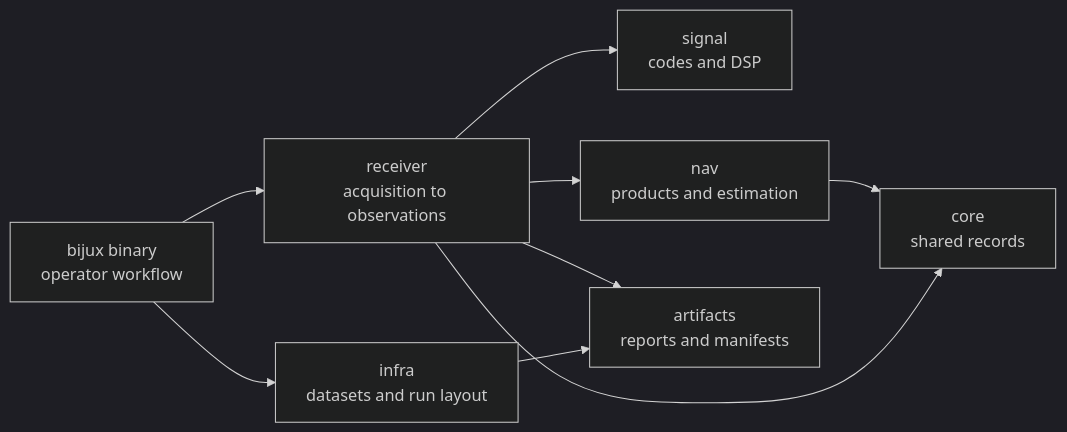
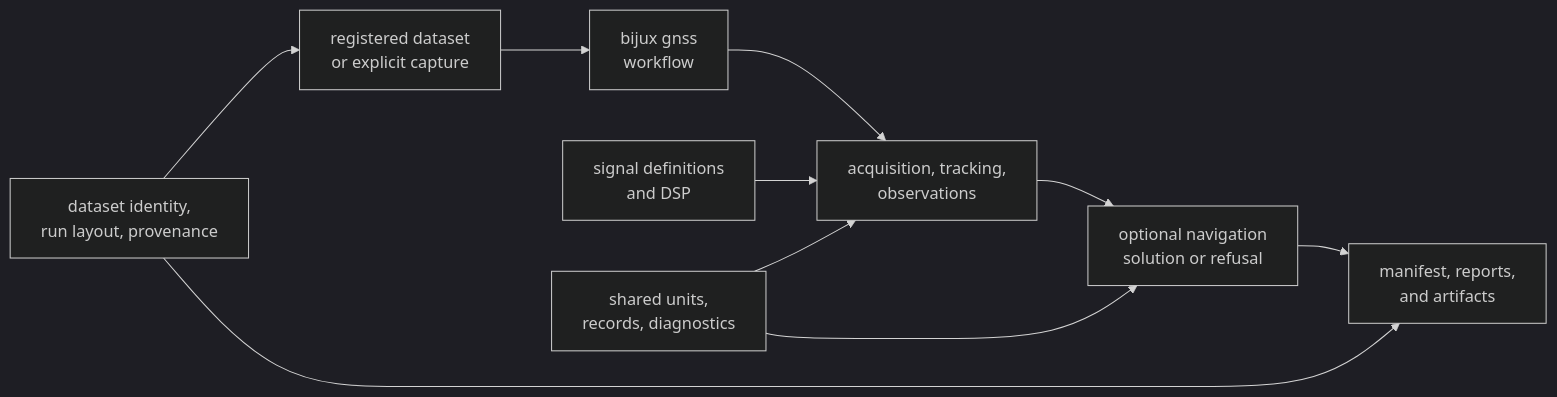
One commit to bijux/bijux-telecom changed the diagram in README.md. Above: the diagram before and after it, drawn with Mermaid (dark theme). The commit also changed other lines of this file, not shown here.

Commit message:
docs(workspace): orient readers by workflow and evidence

````diff
--- a/README.md
+++ b/README.md
@@ -79,19 +93,19 @@
 ```mermaid
 flowchart LR
-    cli["bijux binary<br/>operator workflow"]
-    infra["infra<br/>datasets and run layout"]
-    receiver["receiver<br/>acquisition to observations"]
-    signal["signal<br/>codes and DSP"]
-    nav["nav<br/>products and estimation"]
-    core["core<br/>shared records"]
-    evidence["artifacts<br/>reports and manifests"]
+    input["registered dataset<br/>or explicit capture"]
+    command["bijux gnss<br/>workflow"]
+    receiver["acquisition, tracking,<br/>observations"]
+    navigation["optional navigation<br/>solution or refusal"]
+    evidence["manifest, reports,<br/>and artifacts"]
 
-    cli --> infra
-    cli --> receiver
-    receiver --> signal
-    receiver --> nav
-    receiver --> core
-    nav --> core
+    signal["signal definitions<br/>and DSP"]
+    core["shared units,<br/>records, diagnostics"]
+    infra["dataset identity,<br/>run layout, provenance"]
+
+    input --> command --> receiver --> navigation --> evidence
+    signal --> receiver
+    core --> receiver
+    core --> navigation
+    infra --> input
     infra --> evidence
-    receiver --> evidence
 ```
````
